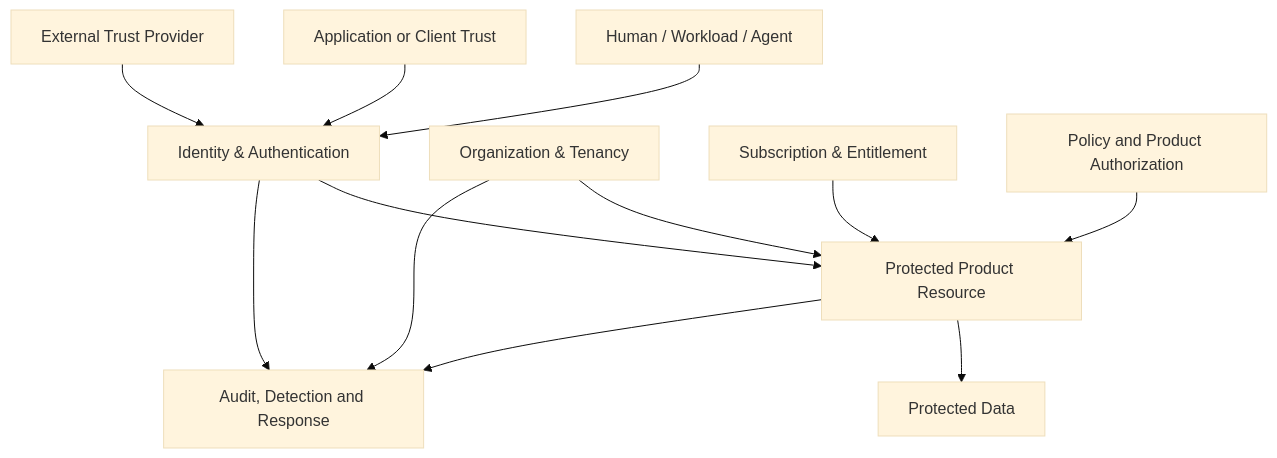
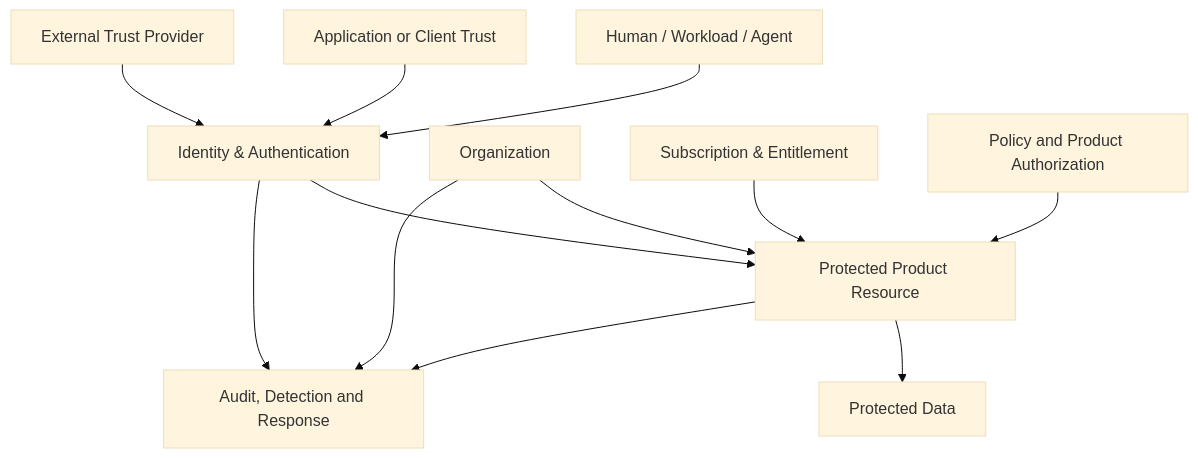
Before and after one commit to anshacerbia2/scnehaux-architecture: the diagram in 01-enterprise/EAD-006-enterprise-security-architecture.md, drawn with Mermaid (base theme). The commit also changed other lines of this file and 45 other files, not shown here.

Commit message:
Align identity and tenancy architecture baseline

````diff
--- a/01-enterprise/EAD-006-enterprise-security-architecture.md
+++ b/01-enterprise/EAD-006-enterprise-security-architecture.md
@@ -83,25 +83,25 @@
 ```mermaid
 graph TB
     ACTOR[Human / Workload / Agent]
     APP[Application or Client Trust]
     IAM[Identity & Authentication]
-    TEN[Organization & Tenancy]
+    TEN[Organization]
     ENT[Subscription & Entitlement]
     POLICY[Policy and Product Authorization]
     RESOURCE[Protected Product Resource]
     DATA[Protected Data]
     EXTERNAL[External Trust Provider]
     AUDIT[Audit, Detection and Response]
 
     ACTOR --> IAM
     APP --> IAM
     EXTERNAL --> IAM
     IAM --> RESOURCE
     TEN --> RESOURCE
     ENT --> RESOURCE
     POLICY --> RESOURCE
     RESOURCE --> DATA
     RESOURCE --> AUDIT
     IAM --> AUDIT
     TEN --> AUDIT
 ```
````
